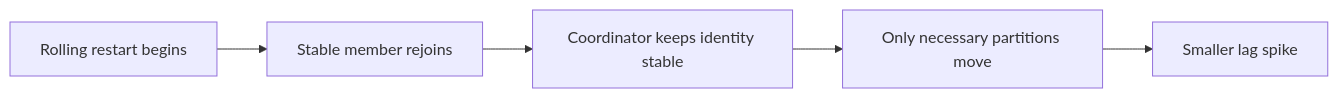
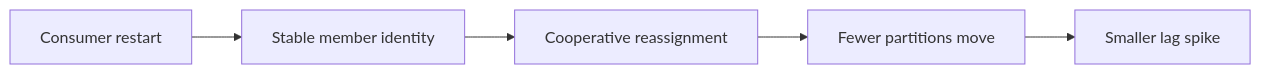
Before and after one commit to sandeepbhardwaj/sandeepbhardwaj.github.io: the diagram in _posts/2026-06-16-kafka-consumer-rebalance-zero-downtime-part-2.md, drawn with Mermaid. The commit also changed other lines of this file and 113 other files, not shown here.

````diff
--- a/_posts/2026-06-16-kafka-consumer-rebalance-zero-downtime-part-2.md
+++ b/_posts/2026-06-16-kafka-consumer-rebalance-zero-downtime-part-2.md
@@ -51,7 +42,7 @@
 ```mermaid
 flowchart LR
-    A[Rolling restart begins] --> B[Stable member rejoins]
-    B --> C[Coordinator keeps identity stable]
-    C --> D[Only necessary partitions move]
+    A[Consumer restart] --> B[Stable member identity]
+    B --> C[Cooperative reassignment]
+    C --> D[Fewer partitions move]
     D --> E[Smaller lag spike]
 ```
````
